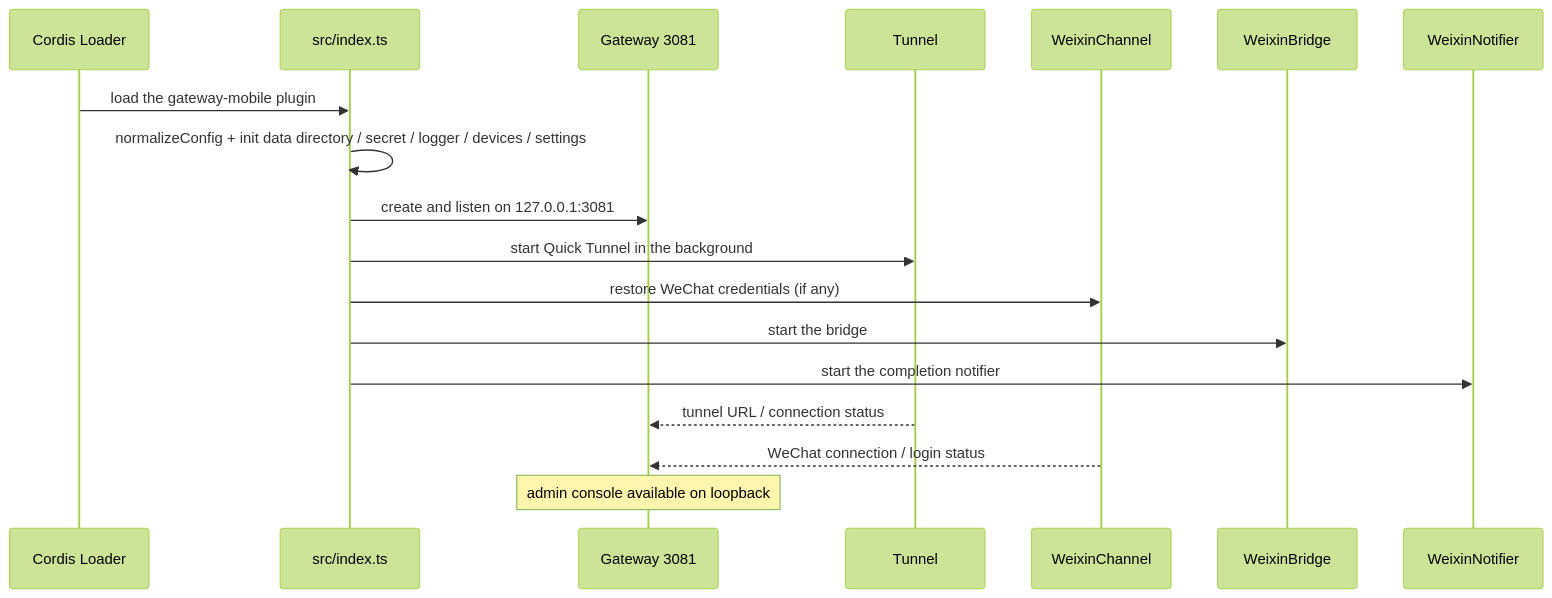
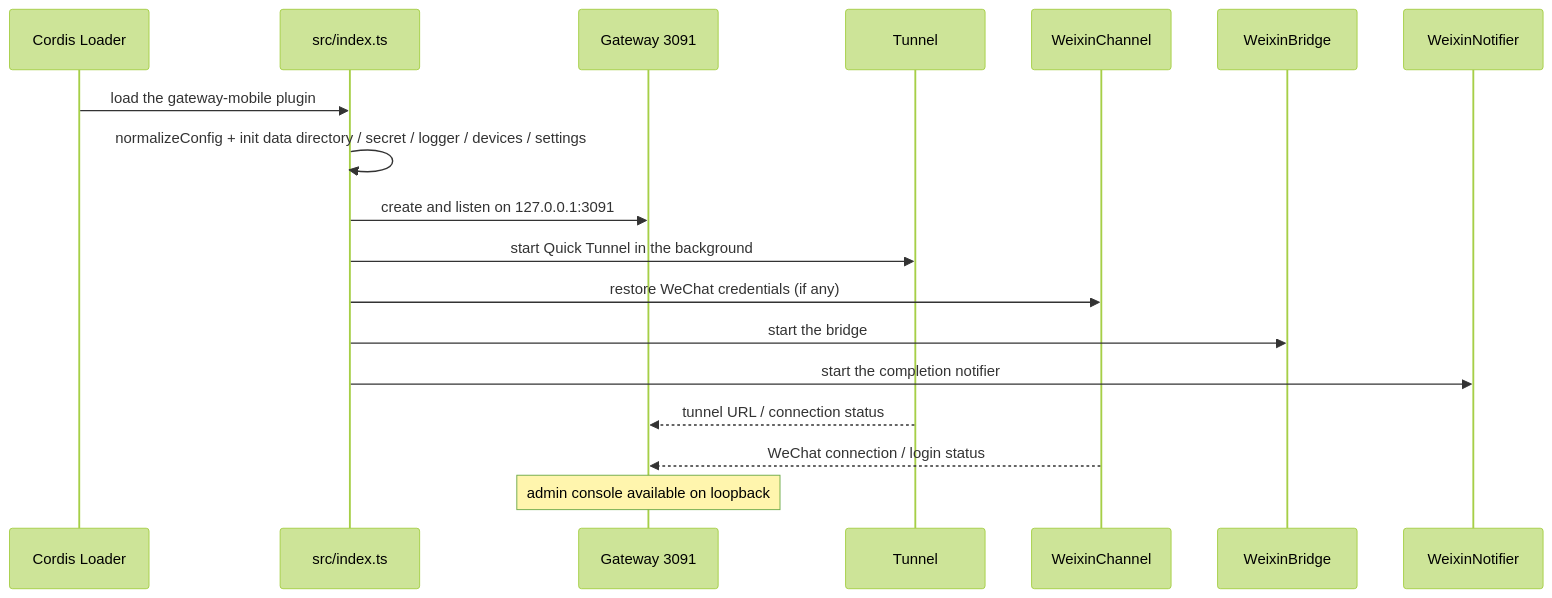
One commit to open2ai/dsh-gateway-mobile changed the third of 10 diagrams in docs/architecture-flow.md. Above: the diagram before and after it, drawn with Mermaid (forest theme). The commit also changed other lines of this file and 39 other files, not shown here.

````diff
--- a/docs/architecture-flow.md
+++ b/docs/architecture-flow.md
@@ -151,21 +151,21 @@
 ```mermaid
 sequenceDiagram
   participant L as Cordis Loader
   participant I as src/index.ts
-  participant G as Gateway 3081
+  participant G as Gateway 3091
   participant T as Tunnel
   participant W as WeixinChannel
   participant B as WeixinBridge
   participant N as WeixinNotifier
 
   L->>I: load the gateway-mobile plugin
   I->>I: normalizeConfig + init data directory / secret / logger / devices / settings
-  I->>G: create and listen on 127.0.0.1:3081
+  I->>G: create and listen on 127.0.0.1:3091
   I->>T: start Quick Tunnel in the background
   I->>W: restore WeChat credentials (if any)
   I->>B: start the bridge
   I->>N: start the completion notifier
   T-->>G: tunnel URL / connection status
   W-->>G: WeChat connection / login status
   Note over G: admin console available on loopback
 ```
````
